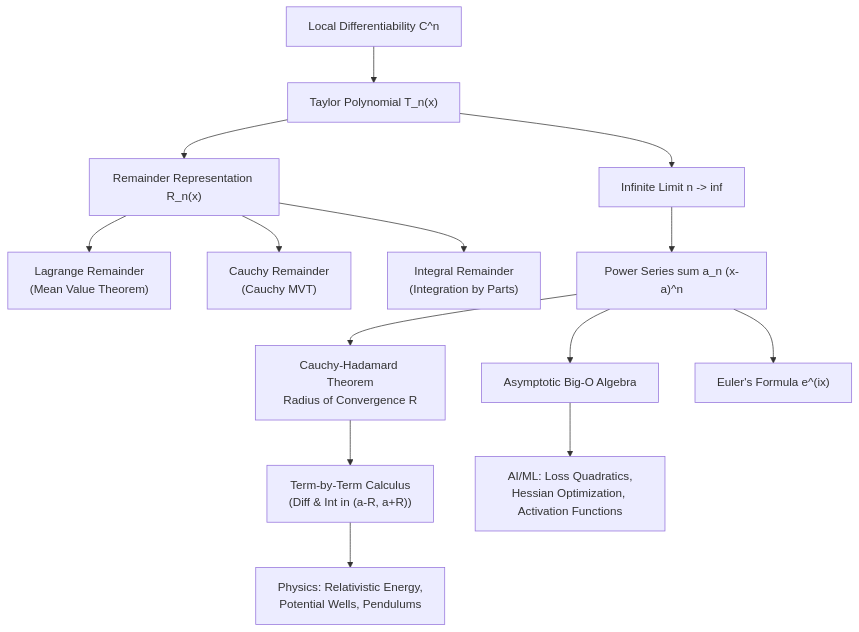
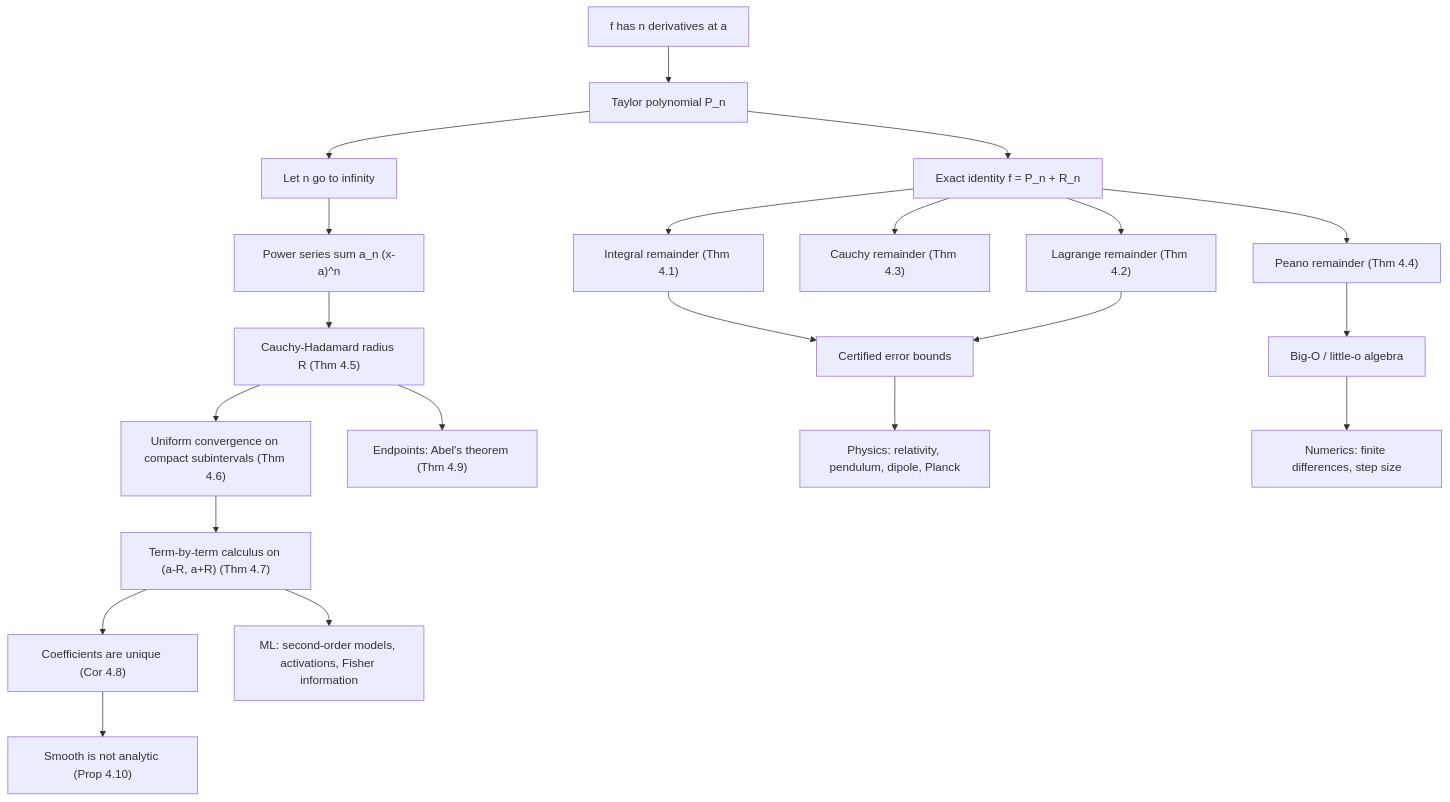
Before and after one commit to hien078/applied-mathematics-foundation: the diagram in calculus/09_taylor_and_power_series/README.md, drawn with Mermaid. The commit also changed other lines of this file and 25 other files, not shown here.

````diff
--- a/calculus/09_taylor_and_power_series/README.md
+++ b/calculus/09_taylor_and_power_series/README.md
@@ -52,21 +86,27 @@
 ```mermaid
 flowchart TD
-    A["Local Differentiability C^n"] --> B["Taylor Polynomial T_n(x)"]
-    B --> C["Remainder Representation R_n(x)"]
-    
-    C --> D1["Lagrange Remainder\n(Mean Value Theorem)"]
-    C --> D2["Cauchy Remainder\n(Cauchy MVT)"]
-    C --> D3["Integral Remainder\n(Integration by Parts)"]
-    
-    B --> E["Infinite Limit n -> inf"]
-    E --> F["Power Series sum a_n (x-a)^n"]
-    
-    F --> G["Cauchy-Hadamard Theorem\nRadius of Convergence R"]
-    G --> H["Term-by-Term Calculus\n(Diff & Int in (a-R, a+R))"]
-    
-    F --> I["Asymptotic Big-O Algebra"]
-    F --> J["Euler's Formula e^(ix)"]
-    
-    H --> K1["Physics: Relativistic Energy,\nPotential Wells, Pendulums"]
-    I --> K2["AI/ML: Loss Quadratics,\nHessian Optimization, Activation Functions"]
+    A["f has n derivatives at a"] --> B["Taylor polynomial P_n"]
+    B --> C["Exact identity f = P_n + R_n"]
+
+    C --> D1["Integral remainder (Thm 4.1)"]
+    C --> D2["Lagrange remainder (Thm 4.2)"]
+    C --> D3["Cauchy remainder (Thm 4.3)"]
+    C --> D4["Peano remainder (Thm 4.4)"]
+
+    D1 --> E["Certified error bounds"]
+    D2 --> E
+    D4 --> F["Big-O / little-o algebra"]
+
+    B --> G["Let n go to infinity"]
+    G --> H["Power series sum a_n (x-a)^n"]
+    H --> I["Cauchy-Hadamard radius R (Thm 4.5)"]
+    I --> J["Uniform convergence on compact subintervals (Thm 4.6)"]
+    J --> K["Term-by-term calculus on (a-R, a+R) (Thm 4.7)"]
+    K --> L["Coefficients are unique (Cor 4.8)"]
+    I --> M["Endpoints: Abel's theorem (Thm 4.9)"]
+    L --> N["Smooth is not analytic (Prop 4.10)"]
+
+    E --> P1["Physics: relativity, pendulum, dipole, Planck"]
+    F --> P2["Numerics: finite differences, step size"]
+    K --> P3["ML: second-order models, activations, Fisher information"]
 ```
````
